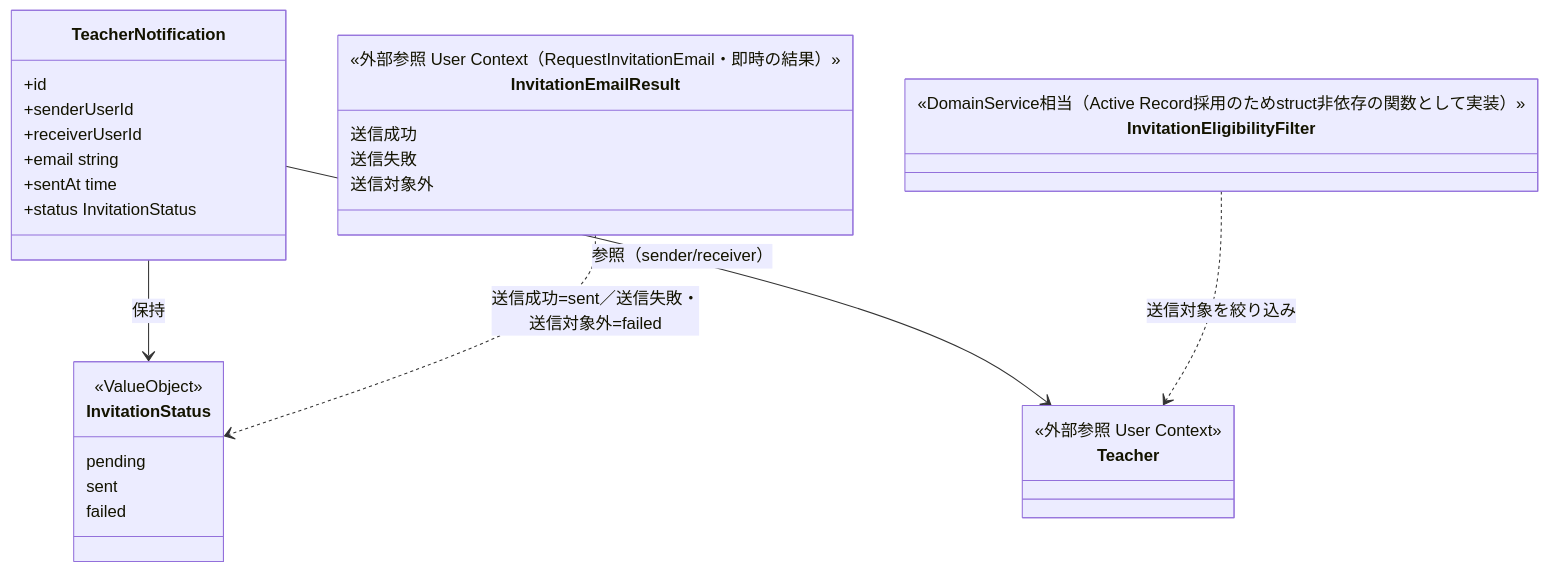
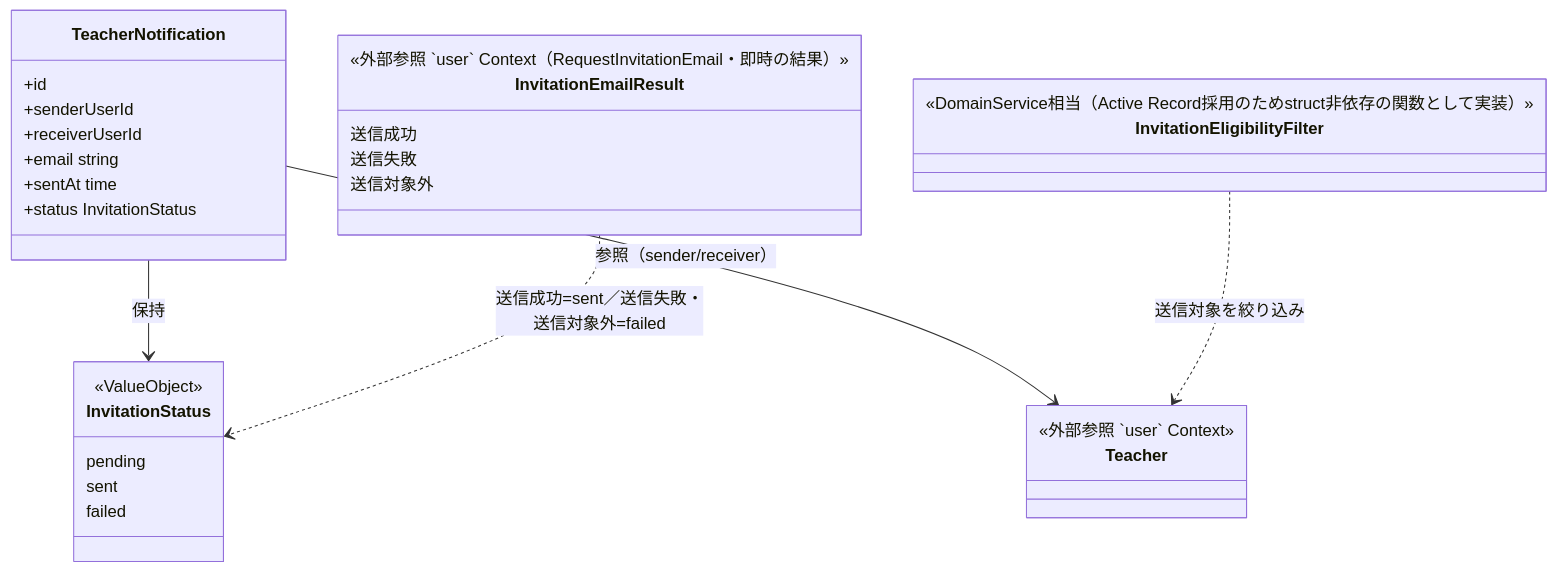
Before and after one commit to yuta20253/edu-platform-go-design: the first of 2 diagrams in 計画書/GO移行・設計仕様書/教員招待通知機能_Go移行・設計仕様書.md, drawn with Mermaid. The commit also changed other lines of this file and 46 other files, not shown here.

````diff
--- a/計画書/GO移行・設計仕様書/教員招待通知機能_Go移行・設計仕様書.md
+++ b/計画書/GO移行・設計仕様書/教員招待通知機能_Go移行・設計仕様書.md
@@ -155,34 +155,34 @@
 ```mermaid
 classDiagram
     class TeacherNotification {
       +id
       +senderUserId
       +receiverUserId
       +email string
       +sentAt time
       +status InvitationStatus
     }
     class InvitationStatus {
       <<ValueObject>>
       pending
       sent
       failed
     }
     class InvitationEligibilityFilter {
       <<DomainService相当（Active Record採用のためstruct非依存の関数として実装）>>
     }
     class Teacher {
-      <<外部参照 User Context>>
+      <<外部参照 `user` Context>>
     }
     class InvitationEmailResult {
-      <<外部参照 User Context（RequestInvitationEmail・即時の結果）>>
+      <<外部参照 `user` Context（RequestInvitationEmail・即時の結果）>>
       送信成功
       送信失敗
       送信対象外
     }
 
     TeacherNotification --> InvitationStatus : 保持
     TeacherNotification --> Teacher : 参照（sender/receiver）
     InvitationEligibilityFilter ..> Teacher : 送信対象を絞り込み
     InvitationEmailResult ..> InvitationStatus : 送信成功=sent／送信失敗・送信対象外=failed
 ```
````
